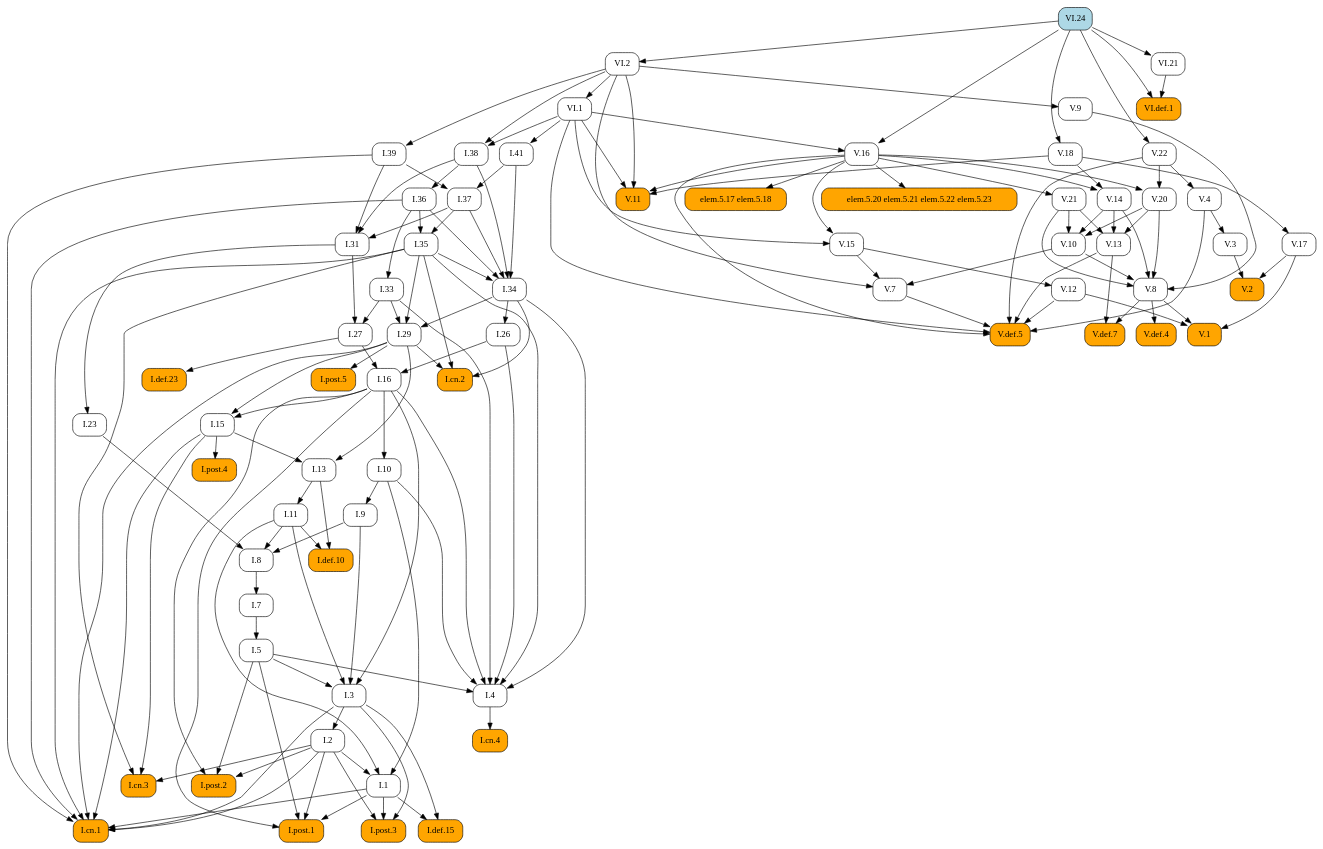
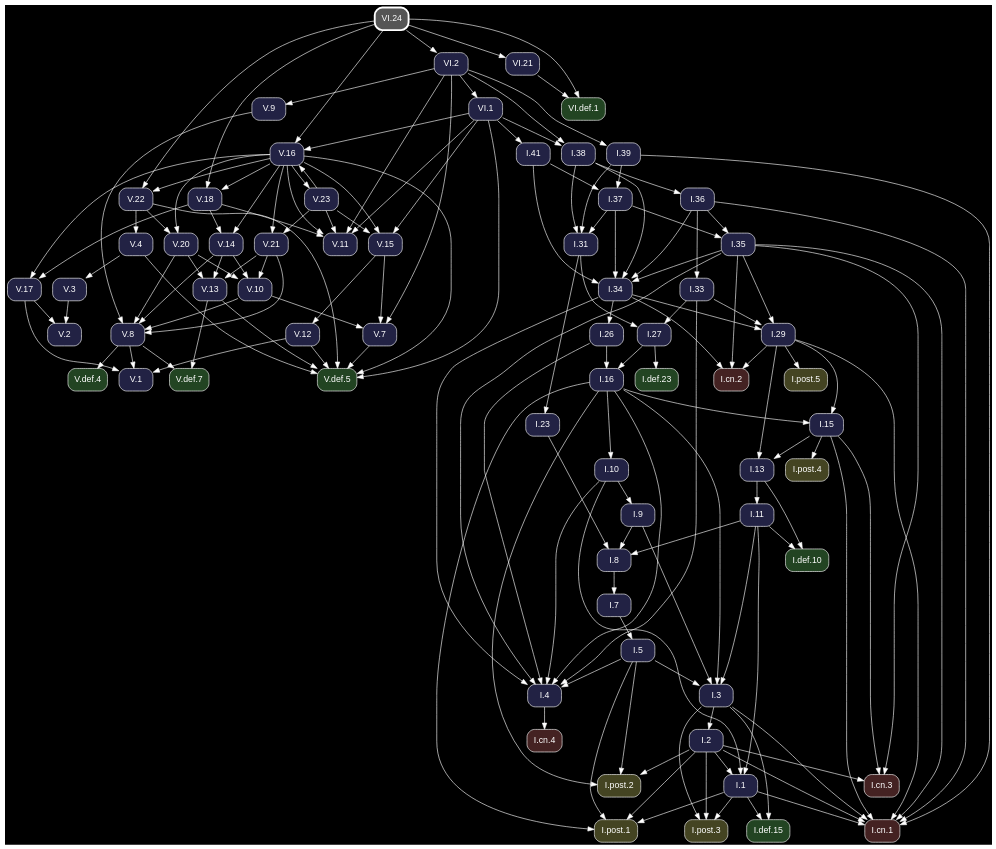
Before and after one commit to geometor/elements: the diagram in docsrc/heath/VI/24/index.rst, drawn with Graphviz. The commit also changed other lines of this file and 1200 other files, not shown here.

Commit message:
update dependency graphs

```diff
--- a/docsrc/heath/VI/24/index.rst
+++ b/docsrc/heath/VI/24/index.rst
@@ -120,179 +120,79 @@
 .. graphviz::
 
    digraph {
+     bgcolor="black";
+     node [shape=box, style="rounded,filled", fontname="Helvetica", color="white", fontcolor="white"];
+     edge [color="white", fontcolor="white"];
      rankdir="TB";
-     node [shape=box, style=rounded];
-     "I.23" [URL="/heath/I/23/", target="_top"];
-     "I.9" [URL="/heath/I/9/", target="_top"];
-     "VI.def.1" [style="rounded,filled", fillcolor=orange, URL="/heath/VI/def.1/", target="_top"];
-     "V.13" [URL="/heath/V/13/", target="_top"];
-     "I.def.15" [style="rounded,filled", fillcolor=orange, URL="/heath/I/def.15/", target="_top"];
-     "V.7" [URL="/heath/V/7/", target="_top"];
-     "elem.5.17 elem.5.18" [style="rounded,filled", fillcolor=orange];
-     "I.post.1" [style="rounded,filled", fillcolor=orange, URL="/heath/I/post.1/", target="_top"];
-     "V.14" [URL="/heath/V/14/", target="_top"];
-     "V.9" [URL="/heath/V/9/", target="_top"];
-     "I.31" [URL="/heath/I/31/", target="_top"];
-     "V.10" [URL="/heath/V/10/", target="_top"];
-     "I.def.10" [style="rounded,filled", fillcolor=orange, URL="/heath/I/def.10/", target="_top"];
-     "V.4" [URL="/heath/V/4/", target="_top"];
-     "VI.1" [URL="/heath/VI/1/", target="_top"];
-     "I.39" [URL="/heath/I/39/", target="_top"];
-     "V.11" [style="rounded,filled", fillcolor=orange, URL="/heath/V/11/", target="_top"];
-     "V.17" [URL="/heath/V/17/", target="_top"];
-     "I.34" [URL="/heath/I/34/", target="_top"];
-     "I.3" [URL="/heath/I/3/", target="_top"];
-     "V.def.4" [style="rounded,filled", fillcolor=orange, URL="/heath/V/def.4/", target="_top"];
-     "V.def.7" [style="rounded,filled", fillcolor=orange, URL="/heath/V/def.7/", target="_top"];
-     "V.21" [URL="/heath/V/21/", target="_top"];
-     "I.2" [URL="/heath/I/2/", target="_top"];
-     "V.3" [URL="/heath/V/3/", target="_top"];
-     "I.13" [URL="/heath/I/13/", target="_top"];
-     "I.post.4" [style="rounded,filled", fillcolor=orange, URL="/heath/I/post.4/", target="_top"];
-     "I.4" [URL="/heath/I/4/", target="_top"];
-     "I.1" [URL="/heath/I/1/", target="_top"];
-     "I.8" [URL="/heath/I/8/", target="_top"];
-     "I.29" [URL="/heath/I/29/", target="_top"];
-     "I.38" [URL="/heath/I/38/", target="_top"];
-     "V.8" [URL="/heath/V/8/", target="_top"];
-     "VI.24" [style="rounded,filled", fillcolor=lightblue, URL="/heath/VI/24/", target="_top"];
-     "I.15" [URL="/heath/I/15/", target="_top"];
-     "I.10" [URL="/heath/I/10/", target="_top"];
-     "I.11" [URL="/heath/I/11/", target="_top"];
-     "I.def.23" [style="rounded,filled", fillcolor=orange, URL="/heath/I/def.23/", target="_top"];
-     "VI.21" [URL="/heath/VI/21/", target="_top"];
-     "I.26" [URL="/heath/I/26/", target="_top"];
-     "V.16" [URL="/heath/V/16/", target="_top"];
-     "I.33" [URL="/heath/I/33/", target="_top"];
-     "I.post.3" [style="rounded,filled", fillcolor=orange, URL="/heath/I/post.3/", target="_top"];
-     "V.def.5" [style="rounded,filled", fillcolor=orange, URL="/heath/V/def.5/", target="_top"];
-     "V.20" [URL="/heath/V/20/", target="_top"];
-     "I.27" [URL="/heath/I/27/", target="_top"];
-     "V.12" [URL="/heath/V/12/", target="_top"];
-     "V.2" [style="rounded,filled", fillcolor=orange, URL="/heath/V/2/", target="_top"];
-     "I.cn.1" [style="rounded,filled", fillcolor=orange, URL="/heath/I/cn.1/", target="_top"];
-     "I.35" [URL="/heath/I/35/", target="_top"];
-     "I.7" [URL="/heath/I/7/", target="_top"];
-     "I.36" [URL="/heath/I/36/", target="_top"];
-     "I.5" [URL="/heath/I/5/", target="_top"];
-     "I.37" [URL="/heath/I/37/", target="_top"];
-     "V.18" [URL="/heath/V/18/", target="_top"];
-     "I.cn.3" [style="rounded,filled", fillcolor=orange, URL="/heath/I/cn.3/", target="_top"];
-     "I.16" [URL="/heath/I/16/", target="_top"];
-     "V.22" [URL="/heath/V/22/", target="_top"];
-     "V.1" [style="rounded,filled", fillcolor=orange, URL="/heath/V/1/", target="_top"];
-     "I.cn.2" [style="rounded,filled", fillcolor=orange, URL="/heath/I/cn.2/", target="_top"];
-     "I.post.5" [style="rounded,filled", fillcolor=orange, URL="/heath/I/post.5/", target="_top"];
-     "VI.2" [URL="/heath/VI/2/", target="_top"];
-     "I.cn.4" [style="rounded,filled", fillcolor=orange, URL="/heath/I/cn.4/", target="_top"];
-     "V.15" [URL="/heath/V/15/", target="_top"];
-     "I.41" [URL="/heath/I/41/", target="_top"];
-     "I.post.2" [style="rounded,filled", fillcolor=orange, URL="/heath/I/post.2/", target="_top"];
-     "elem.5.20 elem.5.21 elem.5.22 elem.5.23" [style="rounded,filled", fillcolor=orange];
-     "I.31" -> "I.23";
-     "I.10" -> "I.9";
-     "VI.21" -> "VI.def.1";
-     "VI.24" -> "VI.def.1";
-     "V.14" -> "V.13";
-     "V.20" -> "V.13";
-     "V.21" -> "V.13";
-     "I.1" -> "I.def.15";
-     "I.3" -> "I.def.15";
-     "V.10" -> "V.7";
-     "V.15" -> "V.7";
-     "VI.2" -> "V.7";
-     "V.16" -> "elem.5.17 elem.5.18";
-     "I.1" -> "I.post.1";
-     "I.2" -> "I.post.1";
-     "I.5" -> "I.post.1";
-     "I.16" -> "I.post.1";
-     "V.16" -> "V.14";
-     "V.18" -> "V.14";
-     "VI.2" -> "V.9";
-     "I.37" -> "I.31";
-     "I.38" -> "I.31";
-     "I.39" -> "I.31";
-     "V.14" -> "V.10";
-     "V.20" -> "V.10";
-     "V.21" -> "V.10";
-     "I.11" -> "I.def.10";
-     "I.13" -> "I.def.10";
-     "V.22" -> "V.4";
-     "VI.2" -> "VI.1";
-     "VI.2" -> "I.39";
-     "V.16" -> "V.11";
-     "V.18" -> "V.11";
-     "VI.1" -> "V.11";
-     "VI.2" -> "V.11";
-     "V.18" -> "V.17";
-     "I.35" -> "I.34";
-     "I.36" -> "I.34";
-     "I.37" -> "I.34";
-     "I.38" -> "I.34";
-     "I.41" -> "I.34";
-     "I.5" -> "I.3";
-     "I.9" -> "I.3";
-     "I.11" -> "I.3";
-     "I.16" -> "I.3";
-     "V.8" -> "V.def.4";
-     "V.8" -> "V.def.7";
-     "V.13" -> "V.def.7";
-     "V.16" -> "V.21";
-     "I.3" -> "I.2";
-     "V.4" -> "V.3";
-     "I.15" -> "I.13";
-     "I.29" -> "I.13";
-     "I.15" -> "I.post.4";
-     "I.5" -> "I.4";
-     "I.10" -> "I.4";
-     "I.16" -> "I.4";
-     "I.26" -> "I.4";
-     "I.33" -> "I.4";
-     "I.34" -> "I.4";
-     "I.35" -> "I.4";
-     "I.2" -> "I.1";
-     "I.10" -> "I.1";
-     "I.11" -> "I.1";
-     "I.9" -> "I.8";
-     "I.11" -> "I.8";
-     "I.23" -> "I.8";
-     "I.33" -> "I.29";
-     "I.34" -> "I.29";
-     "I.35" -> "I.29";
-     "VI.1" -> "I.38";
-     "VI.2" -> "I.38";
-     "V.9" -> "V.8";
-     "V.10" -> "V.8";
-     "V.14" -> "V.8";
-     "V.20" -> "V.8";
-     "V.21" -> "V.8";
-     "I.16" -> "I.15";
-     "I.29" -> "I.15";
-     "I.16" -> "I.10";
-     "I.13" -> "I.11";
-     "I.27" -> "I.def.23";
-     "VI.24" -> "VI.21";
-     "I.34" -> "I.26";
-     "VI.1" -> "V.16";
-     "VI.24" -> "V.16";
-     "I.36" -> "I.33";
-     "I.1" -> "I.post.3";
-     "I.2" -> "I.post.3";
-     "I.3" -> "I.post.3";
-     "V.4" -> "V.def.5";
-     "V.7" -> "V.def.5";
-     "V.12" -> "V.def.5";
-     "V.13" -> "V.def.5";
-     "V.16" -> "V.def.5";
-     "V.22" -> "V.def.5";
-     "VI.1" -> "V.def.5";
-     "V.16" -> "V.20";
-     "V.22" -> "V.20";
-     "I.31" -> "I.27";
-     "I.33" -> "I.27";
-     "V.15" -> "V.12";
-     "V.3" -> "V.2";
-     "V.17" -> "V.2";
+     "V.15" [fillcolor="#222244", URL="/heath/V/15/", target="_top"];
+     "I.cn.1" [fillcolor="#442222", URL="/heath/I/cn.1/", target="_top"];
+     "V.18" [fillcolor="#222244", URL="/heath/V/18/", target="_top"];
+     "V.14" [fillcolor="#222244", URL="/heath/V/14/", target="_top"];
+     "I.27" [fillcolor="#222244", URL="/heath/I/27/", target="_top"];
+     "V.23" [fillcolor="#222244", URL="/heath/V/23/", target="_top"];
+     "I.2" [fillcolor="#222244", URL="/heath/I/2/", target="_top"];
+     "I.41" [fillcolor="#222244", URL="/heath/I/41/", target="_top"];
+     "I.post.4" [fillcolor="#444422", URL="/heath/I/post.4/", target="_top"];
+     "I.26" [fillcolor="#222244", URL="/heath/I/26/", target="_top"];
+     "I.8" [fillcolor="#222244", URL="/heath/I/8/", target="_top"];
+     "V.4" [fillcolor="#222244", URL="/heath/V/4/", target="_top"];
+     "V.16" [fillcolor="#222244", URL="/heath/V/16/", target="_top"];
+     "VI.2" [fillcolor="#222244", URL="/heath/VI/2/", target="_top"];
+     "I.7" [fillcolor="#222244", URL="/heath/I/7/", target="_top"];
+     "I.5" [fillcolor="#222244", URL="/heath/I/5/", target="_top"];
+     "V.11" [fillcolor="#222244", URL="/heath/V/11/", target="_top"];
+     "V.def.4" [fillcolor="#224422", URL="/heath/V/def.4/", target="_top"];
+     "V.20" [fillcolor="#222244", URL="/heath/V/20/", target="_top"];
+     "I.11" [fillcolor="#222244", URL="/heath/I/11/", target="_top"];
+     "VI.21" [fillcolor="#222244", URL="/heath/VI/21/", target="_top"];
+     "I.37" [fillcolor="#222244", URL="/heath/I/37/", target="_top"];
+     "I.cn.3" [fillcolor="#442222", URL="/heath/I/cn.3/", target="_top"];
+     "I.36" [fillcolor="#222244", URL="/heath/I/36/", target="_top"];
+     "I.38" [fillcolor="#222244", URL="/heath/I/38/", target="_top"];
+     "I.post.2" [fillcolor="#444422", URL="/heath/I/post.2/", target="_top"];
+     "I.def.23" [fillcolor="#224422", URL="/heath/I/def.23/", target="_top"];
+     "I.35" [fillcolor="#222244", URL="/heath/I/35/", target="_top"];
+     "VI.24" [penwidth=3, color="white", fillcolor="#555555", URL="/heath/VI/24/", target="_top"];
+     "I.post.3" [fillcolor="#444422", URL="/heath/I/post.3/", target="_top"];
+     "V.13" [fillcolor="#222244", URL="/heath/V/13/", target="_top"];
+     "V.8" [fillcolor="#222244", URL="/heath/V/8/", target="_top"];
+     "I.33" [fillcolor="#222244", URL="/heath/I/33/", target="_top"];
+     "V.10" [fillcolor="#222244", URL="/heath/V/10/", target="_top"];
+     "V.def.5" [fillcolor="#224422", URL="/heath/V/def.5/", target="_top"];
+     "V.22" [fillcolor="#222244", URL="/heath/V/22/", target="_top"];
+     "I.31" [fillcolor="#222244", URL="/heath/I/31/", target="_top"];
+     "I.3" [fillcolor="#222244", URL="/heath/I/3/", target="_top"];
+     "V.12" [fillcolor="#222244", URL="/heath/V/12/", target="_top"];
+     "I.def.10" [fillcolor="#224422", URL="/heath/I/def.10/", target="_top"];
+     "I.15" [fillcolor="#222244", URL="/heath/I/15/", target="_top"];
+     "I.39" [fillcolor="#222244", URL="/heath/I/39/", target="_top"];
+     "I.13" [fillcolor="#222244", URL="/heath/I/13/", target="_top"];
+     "I.cn.2" [fillcolor="#442222", URL="/heath/I/cn.2/", target="_top"];
+     "I.9" [fillcolor="#222244", URL="/heath/I/9/", target="_top"];
+     "VI.def.1" [fillcolor="#224422", URL="/heath/VI/def.1/", target="_top"];
+     "I.1" [fillcolor="#222244", URL="/heath/I/1/", target="_top"];
+     "I.post.5" [fillcolor="#444422", URL="/heath/I/post.5/", target="_top"];
+     "I.23" [fillcolor="#222244", URL="/heath/I/23/", target="_top"];
+     "I.4" [fillcolor="#222244", URL="/heath/I/4/", target="_top"];
+     "V.7" [fillcolor="#222244", URL="/heath/V/7/", target="_top"];
+     "V.9" [fillcolor="#222244", URL="/heath/V/9/", target="_top"];
+     "VI.1" [fillcolor="#222244", URL="/heath/VI/1/", target="_top"];
+     "I.10" [fillcolor="#222244", URL="/heath/I/10/", target="_top"];
+     "V.def.7" [fillcolor="#224422", URL="/heath/V/def.7/", target="_top"];
+     "I.post.1" [fillcolor="#444422", URL="/heath/I/post.1/", target="_top"];
+     "I.16" [fillcolor="#222244", URL="/heath/I/16/", target="_top"];
+     "I.29" [fillcolor="#222244", URL="/heath/I/29/", target="_top"];
+     "I.cn.4" [fillcolor="#442222", URL="/heath/I/cn.4/", target="_top"];
+     "V.2" [fillcolor="#222244", URL="/heath/V/2/", target="_top"];
+     "V.1" [fillcolor="#222244", URL="/heath/V/1/", target="_top"];
+     "V.21" [fillcolor="#222244", URL="/heath/V/21/", target="_top"];
+     "I.34" [fillcolor="#222244", URL="/heath/I/34/", target="_top"];
+     "I.def.15" [fillcolor="#224422", URL="/heath/I/def.15/", target="_top"];
+     "V.3" [fillcolor="#222244", URL="/heath/V/3/", target="_top"];
+     "V.17" [fillcolor="#222244", URL="/heath/V/17/", target="_top"];
+     "V.16" -> "V.15";
+     "V.23" -> "V.15";
+     "VI.1" -> "V.15";
      "I.1" -> "I.cn.1";
      "I.2" -> "I.cn.1";
      "I.3" -> "I.cn.1";
@@ -301,34 +201,141 @@
      "I.35" -> "I.cn.1";
      "I.36" -> "I.cn.1";
      "I.39" -> "I.cn.1";
-     "I.36" -> "I.35";
-     "I.37" -> "I.35";
+     "V.16" -> "V.18";
+     "VI.24" -> "V.18";
+     "V.16" -> "V.14";
+     "V.18" -> "V.14";
+     "I.31" -> "I.27";
+     "I.33" -> "I.27";
+     "V.16" -> "V.23";
+     "I.3" -> "I.2";
+     "VI.1" -> "I.41";
+     "I.15" -> "I.post.4";
+     "I.34" -> "I.26";
+     "I.9" -> "I.8";
+     "I.11" -> "I.8";
+     "I.23" -> "I.8";
+     "V.22" -> "V.4";
+     "V.23" -> "V.16";
+     "VI.1" -> "V.16";
+     "VI.24" -> "V.16";
+     "VI.24" -> "VI.2";
      "I.8" -> "I.7";
-     "I.38" -> "I.36";
      "I.7" -> "I.5";
+     "V.16" -> "V.11";
+     "V.18" -> "V.11";
+     "V.23" -> "V.11";
+     "VI.1" -> "V.11";
+     "VI.2" -> "V.11";
+     "V.8" -> "V.def.4";
+     "V.16" -> "V.20";
+     "V.22" -> "V.20";
+     "I.13" -> "I.11";
+     "VI.24" -> "VI.21";
      "I.39" -> "I.37";
      "I.41" -> "I.37";
-     "VI.24" -> "V.18";
      "I.2" -> "I.cn.3";
      "I.15" -> "I.cn.3";
      "I.35" -> "I.cn.3";
+     "I.38" -> "I.36";
+     "VI.1" -> "I.38";
+     "VI.2" -> "I.38";
+     "I.2" -> "I.post.2";
+     "I.5" -> "I.post.2";
+     "I.16" -> "I.post.2";
+     "I.27" -> "I.def.23";
+     "I.36" -> "I.35";
+     "I.37" -> "I.35";
+     "I.1" -> "I.post.3";
+     "I.2" -> "I.post.3";
+     "I.3" -> "I.post.3";
+     "V.14" -> "V.13";
+     "V.20" -> "V.13";
+     "V.21" -> "V.13";
+     "V.9" -> "V.8";
+     "V.10" -> "V.8";
+     "V.14" -> "V.8";
+     "V.20" -> "V.8";
+     "V.21" -> "V.8";
+     "I.36" -> "I.33";
+     "V.14" -> "V.10";
+     "V.20" -> "V.10";
+     "V.21" -> "V.10";
+     "V.4" -> "V.def.5";
+     "V.7" -> "V.def.5";
+     "V.12" -> "V.def.5";
+     "V.13" -> "V.def.5";
+     "V.16" -> "V.def.5";
+     "V.22" -> "V.def.5";
+     "VI.1" -> "V.def.5";
+     "V.16" -> "V.22";
+     "VI.24" -> "V.22";
+     "I.37" -> "I.31";
+     "I.38" -> "I.31";
+     "I.39" -> "I.31";
+     "I.5" -> "I.3";
+     "I.9" -> "I.3";
+     "I.11" -> "I.3";
+     "I.16" -> "I.3";
+     "V.15" -> "V.12";
+     "I.11" -> "I.def.10";
+     "I.13" -> "I.def.10";
+     "I.16" -> "I.15";
+     "I.29" -> "I.15";
+     "VI.2" -> "I.39";
+     "I.15" -> "I.13";
+     "I.29" -> "I.13";
+     "I.29" -> "I.cn.2";
+     "I.34" -> "I.cn.2";
+     "I.35" -> "I.cn.2";
+     "I.10" -> "I.9";
+     "VI.21" -> "VI.def.1";
+     "VI.24" -> "VI.def.1";
+     "I.2" -> "I.1";
+     "I.10" -> "I.1";
+     "I.11" -> "I.1";
+     "I.29" -> "I.post.5";
+     "I.31" -> "I.23";
+     "I.5" -> "I.4";
+     "I.10" -> "I.4";
+     "I.16" -> "I.4";
+     "I.26" -> "I.4";
+     "I.33" -> "I.4";
+     "I.34" -> "I.4";
+     "I.35" -> "I.4";
+     "V.10" -> "V.7";
+     "V.15" -> "V.7";
+     "VI.2" -> "V.7";
+     "VI.2" -> "V.9";
+     "VI.2" -> "VI.1";
+     "I.16" -> "I.10";
+     "V.8" -> "V.def.7";
+     "V.13" -> "V.def.7";
+     "I.1" -> "I.post.1";
+     "I.2" -> "I.post.1";
+     "I.5" -> "I.post.1";
+     "I.16" -> "I.post.1";
      "I.26" -> "I.16";
      "I.27" -> "I.16";
-     "VI.24" -> "V.22";
+     "I.33" -> "I.29";
+     "I.34" -> "I.29";
+     "I.35" -> "I.29";
+     "I.4" -> "I.cn.4";
+     "V.3" -> "V.2";
+     "V.17" -> "V.2";
      "V.8" -> "V.1";
      "V.12" -> "V.1";
      "V.17" -> "V.1";
-     "I.29" -> "I.cn.2";
-     "I.34" -> "I.cn.2";
-     "I.35" -> "I.cn.2";
-     "I.29" -> "I.post.5";
-     "VI.24" -> "VI.2";
-     "I.4" -> "I.cn.4";
-     "V.16" -> "V.15";
-     "VI.1" -> "V.15";
-     "VI.1" -> "I.41";
-     "I.2" -> "I.post.2";
-     "I.5" -> "I.post.2";
-     "I.16" -> "I.post.2";
-     "V.16" -> "elem.5.20 elem.5.21 elem.5.22 elem.5.23";
+     "V.16" -> "V.21";
+     "V.23" -> "V.21";
+     "I.35" -> "I.34";
+     "I.36" -> "I.34";
+     "I.37" -> "I.34";
+     "I.38" -> "I.34";
+     "I.41" -> "I.34";
+     "I.1" -> "I.def.15";
+     "I.3" -> "I.def.15";
+     "V.4" -> "V.3";
+     "V.16" -> "V.17";
+     "V.18" -> "V.17";
    }
```
